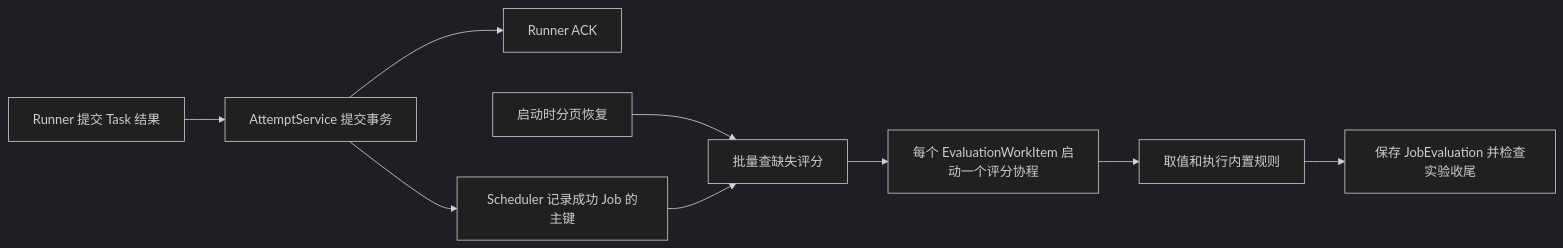
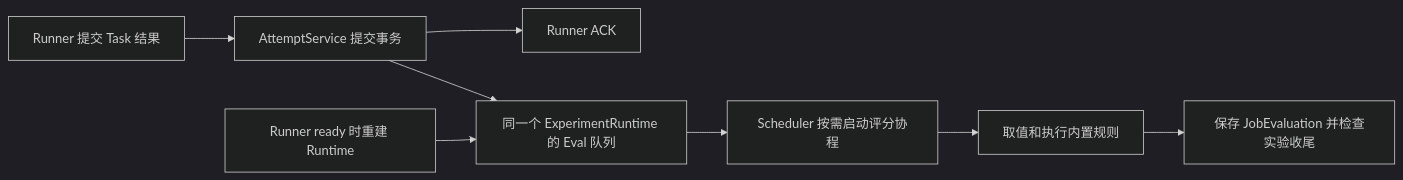
The diagram in docs/server-evaluations.md (qinghuan136/EvalForge), drawn with Mermaid (dark theme) before and after one commit. The commit also changed other lines of this file and 35 other files, not shown here.

````diff
--- a/docs/server-evaluations.md
+++ b/docs/server-evaluations.md
@@ -5,11 +5,10 @@
 ```mermaid
 flowchart LR
     A[Runner 提交 Task 结果] --> B[AttemptService 提交事务]
     B --> C[Runner ACK]
-    B --> D[Scheduler 记录成功 Job 的主键]
-    R[启动时分页恢复] --> E[批量查缺失评分]
-    D --> E
-    E --> F[每个 EvaluationWorkItem 启动一个评分协程]
+    B --> D[同一个 ExperimentRuntime 的 Eval 队列]
+    R[Runner ready 时重建 Runtime] --> D
+    D --> F[Scheduler 按需启动评分协程]
     F --> G[取值和执行内置规则]
     G --> H[保存 JobEvaluation 并检查实验收尾]
 ```
````
